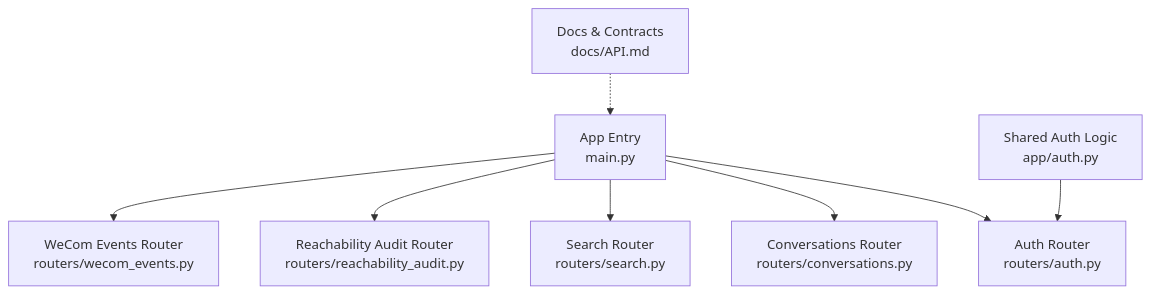
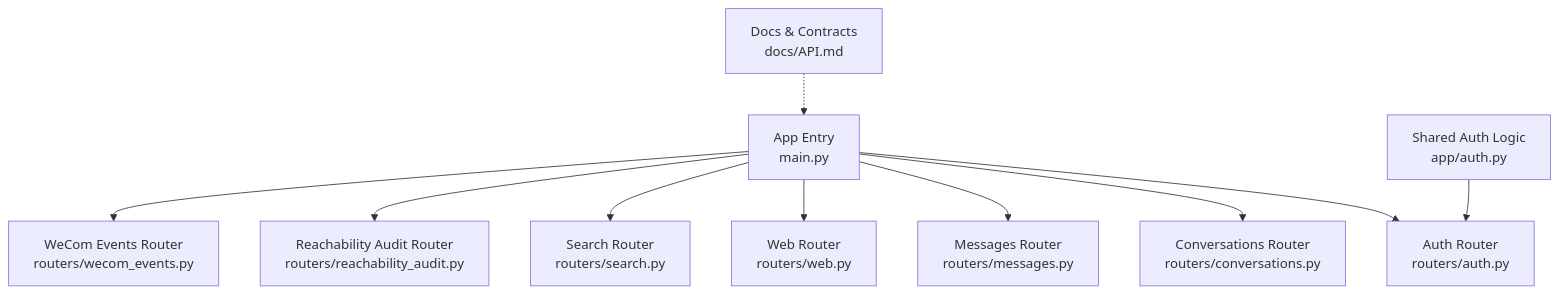
The first of 3 diagrams in .qoder/repowiki/en/content/API Reference/API Reference.md (zuohaisu/wecom-archive), drawn with Mermaid before and after one commit. The commit also changed other lines of this file and 148 other files, not shown here.

````diff
--- a/.qoder/repowiki/en/content/API Reference/API Reference.md
+++ b/.qoder/repowiki/en/content/API Reference/API Reference.md
@@ -33,10 +52,12 @@
 ```mermaid
 graph TB
 A["App Entry<br/>main.py"] --> B["Auth Router<br/>routers/auth.py"]
 A --> C["Conversations Router<br/>routers/conversations.py"]
-A --> D["Search Router<br/>routers/search.py"]
-A --> E["Reachability Audit Router<br/>routers/reachability_audit.py"]
-A --> F["WeCom Events Router<br/>routers/wecom_events.py"]
-G["Shared Auth Logic<br/>app/auth.py"] --> B
-H["Docs & Contracts<br/>docs/API.md"] -.-> A
+A --> D["Messages Router<br/>routers/messages.py"]
+A --> E["Web Router<br/>routers/web.py"]
+A --> F["Search Router<br/>routers/search.py"]
+A --> G["Reachability Audit Router<br/>routers/reachability_audit.py"]
+A --> H["WeCom Events Router<br/>routers/wecom_events.py"]
+I["Shared Auth Logic<br/>app/auth.py"] --> B
+J["Docs & Contracts<br/>docs/API.md"] -.-> A
 ```
````
